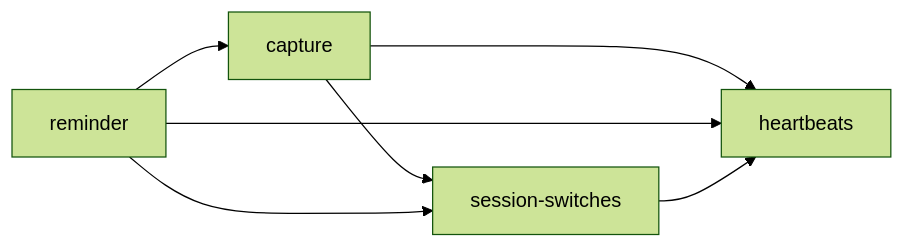
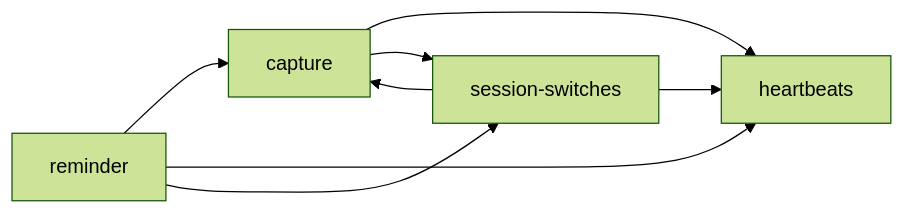
One commit to Han-Haocheng/project-flow changed the sixth of 12 diagrams in docs/project-description.md. Above: the diagram before and after it, drawn with Mermaid (forest theme). The commit also changed other lines of this file, not shown here.

````diff
--- a/docs/project-description.md
+++ b/docs/project-description.md
@@ -525,9 +520,10 @@
 ```mermaid
 graph LR
   m3["capture"] --> m1["heartbeats"]
   m3["capture"] --> m4["session-switches"]
   m2["reminder"] --> m3["capture"]
   m2["reminder"] --> m1["heartbeats"]
   m2["reminder"] --> m4["session-switches"]
+  m4["session-switches"] --> m3["capture"]
   m4["session-switches"] --> m1["heartbeats"]
 ```
````
